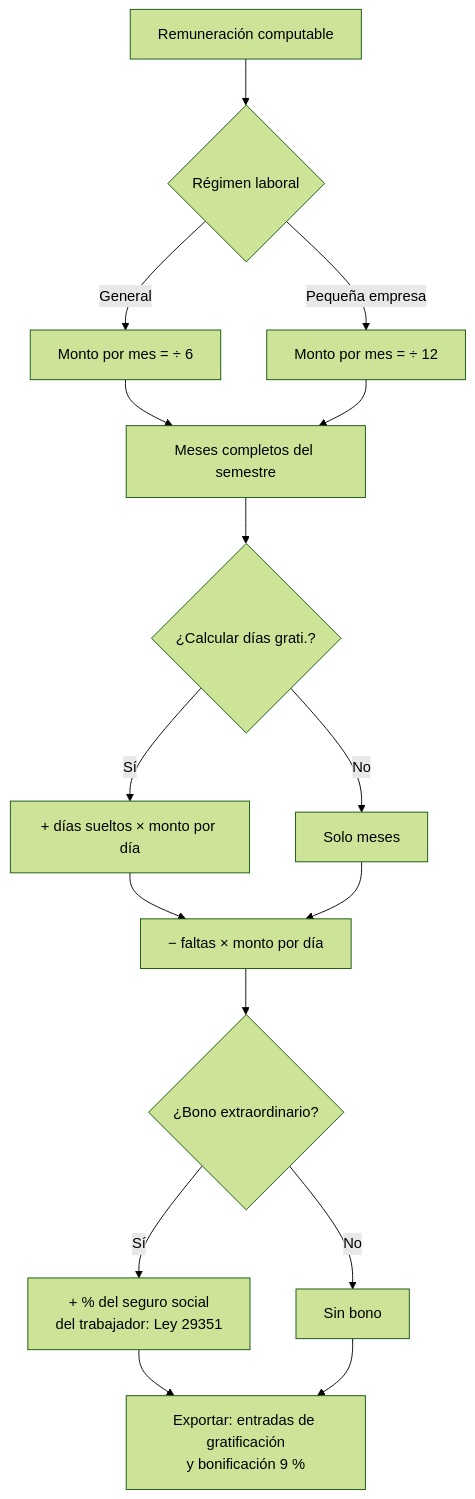
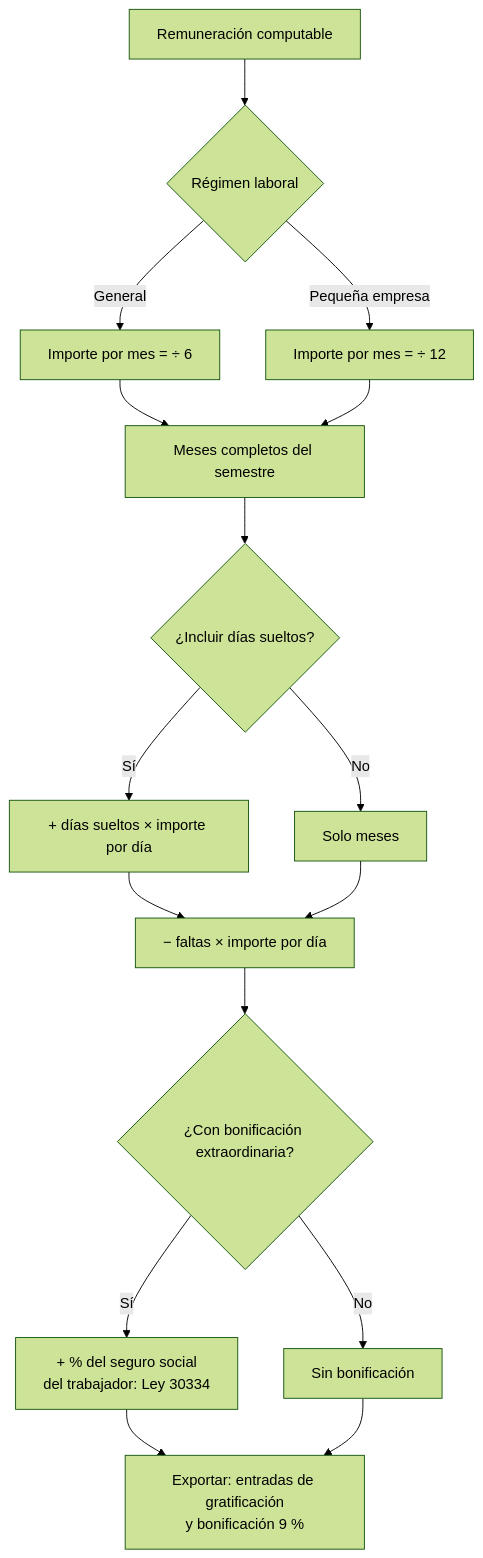
Before and after one commit to olanoit/ol_new_apps: the diagram in OL-PAYROLL/al_hr_pe_benefits/static/description/diagramas/gratificacion.mmd, drawn with Mermaid (forest theme). The commit also changed 165 other files, not shown here.

```diff
--- a/OL-PAYROLL/al_hr_pe_benefits/static/description/diagramas/gratificacion.mmd
+++ b/OL-PAYROLL/al_hr_pe_benefits/static/description/diagramas/gratificacion.mmd
@@ -1,16 +1,16 @@
 flowchart TD
   A[Remuneración computable] --> B{Régimen laboral}
-  B -- General --> C[Monto por mes = ÷ 6]
-  B -- Pequeña empresa --> D[Monto por mes = ÷ 12]
+  B -- General --> C[Importe por mes = ÷ 6]
+  B -- Pequeña empresa --> D[Importe por mes = ÷ 12]
   C --> E[Meses completos del semestre]
   D --> E
-  E --> F{¿Calcular días grati.?}
-  F -- Sí --> G[+ días sueltos × monto por día]
+  E --> F{¿Incluir días sueltos?}
+  F -- Sí --> G[+ días sueltos × importe por día]
   F -- No --> H[Solo meses]
-  G --> I[− faltas × monto por día]
+  G --> I[− faltas × importe por día]
   H --> I
-  I --> J{¿Bono extraordinario?}
-  J -- Sí --> K[+ % del seguro social<br/>del trabajador: Ley 29351]
-  J -- No --> L[Sin bono]
+  I --> J{¿Con bonificación extraordinaria?}
+  J -- Sí --> K[+ % del seguro social<br/>del trabajador: Ley 30334]
+  J -- No --> L[Sin bonificación]
   K --> M[Exportar: entradas de gratificación<br/>y bonificación 9 %]
   L --> M
```
